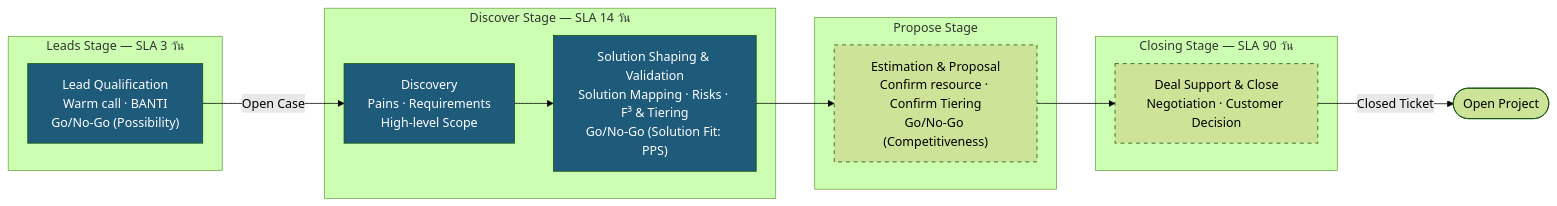
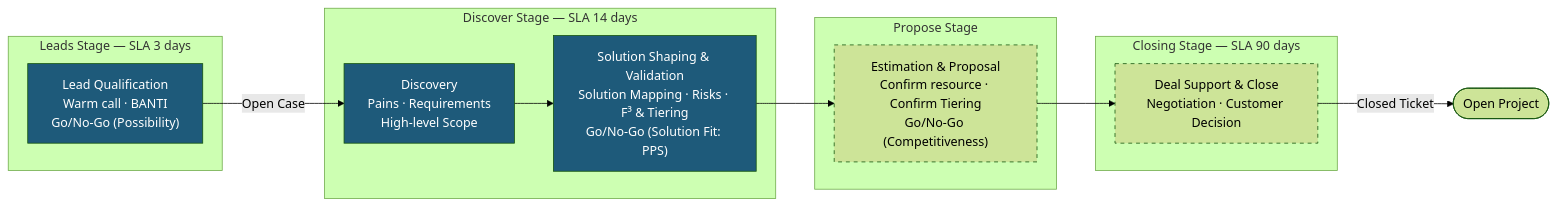
One commit to rungrojcsi/GTM-DealPipeline changed the first of 2 diagrams in README.md. Above: the diagram before and after it, drawn with Mermaid (forest theme). The commit also changed other lines of this file, not shown here.

````diff
--- a/README.md
+++ b/README.md
@@ -58,23 +58,23 @@
 ```mermaid
 flowchart LR
-    subgraph LS["Leads Stage — SLA 3 วัน"]
+    subgraph LS["Leads Stage — SLA 3 days"]
         LQ["Lead Qualification<br/>Warm call · BANTI<br/>Go/No-Go (Possibility)"]
     end
-    subgraph DS["Discover Stage — SLA 14 วัน"]
+    subgraph DS["Discover Stage — SLA 14 days"]
         DC["Discovery<br/>Pains · Requirements<br/>High-level Scope"]
         SS["Solution Shaping & Validation<br/>Solution Mapping · Risks · F³ & Tiering<br/>Go/No-Go (Solution Fit: PPS)"]
     end
     subgraph PS["Propose Stage"]
         EP["Estimation & Proposal<br/>Confirm resource · Confirm Tiering<br/>Go/No-Go (Competitiveness)"]
     end
-    subgraph CS["Closing Stage — SLA 90 วัน"]
+    subgraph CS["Closing Stage — SLA 90 days"]
         DSC["Deal Support & Close<br/>Negotiation · Customer Decision"]
     end
     LQ -->|Open Case| DC --> SS --> EP --> DSC -->|Closed Ticket| OP([Open Project])
 
     style LQ fill:#1e5a7a,color:#fff
     style DC fill:#1e5a7a,color:#fff
     style SS fill:#1e5a7a,color:#fff
     style EP stroke-dasharray: 5 5
     style DSC stroke-dasharray: 5 5
 ```
````
